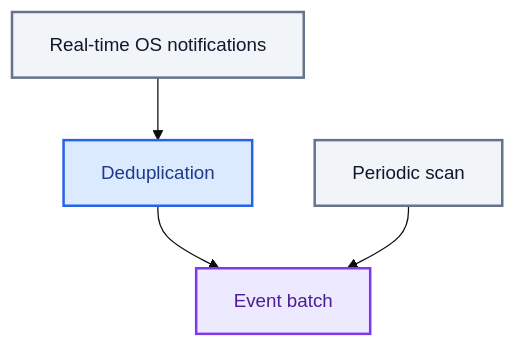
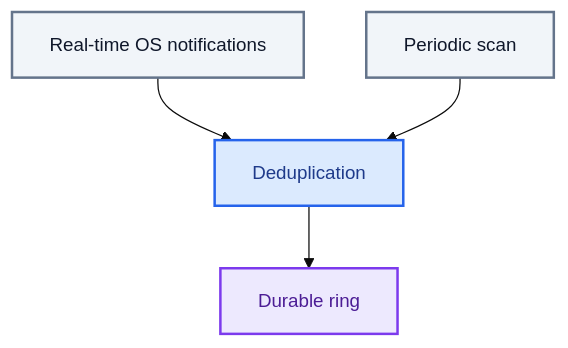
One commit to TrustEdgeOrg/TrustEdge-Agent changed the second of 2 diagrams in docs/collection.md. Above: the diagram before and after it, drawn with Mermaid. The commit also changed other lines of this file, not shown here.

First line of the commit message:
Refresh collection docs to match the durable ring path.

````diff
--- a/docs/collection.md
+++ b/docs/collection.md
@@ -152,19 +165,19 @@
 ```mermaid
 %%{init: {'theme': 'base', 'themeVariables': {'fontSize': '15px', 'fontFamily': 'arial'}}}%%
 flowchart TB
     RT["Real-time OS notifications"]
     POLL["Periodic scan"]
     DEDUP["Deduplication"]
-    OUT["Event batch"]
+    OUT["Durable ring"]
 
     RT --> DEDUP --> OUT
-    POLL --> OUT
+    POLL --> DEDUP
 
     classDef rt fill:#F1F5F9,stroke:#64748B,stroke-width:2px,color:#0F172A
     classDef dedup fill:#DBEAFE,stroke:#2563EB,stroke-width:2px,color:#1E3A8A
     classDef out fill:#EDE9FE,stroke:#7C3AED,stroke-width:2px,color:#4C1D95
 
     class RT,POLL rt
     class DEDUP dedup
     class OUT out
 ```
````
